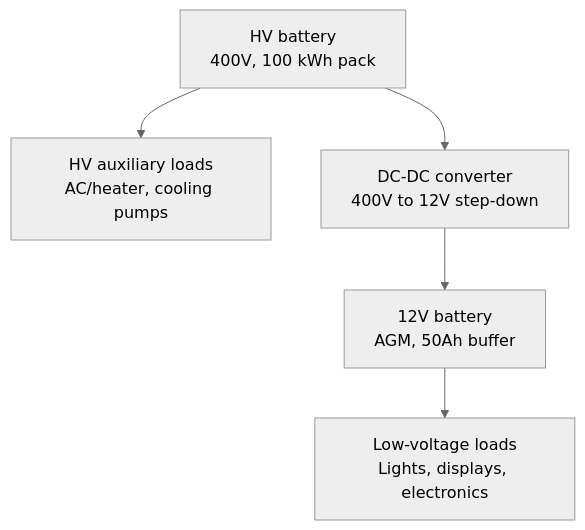
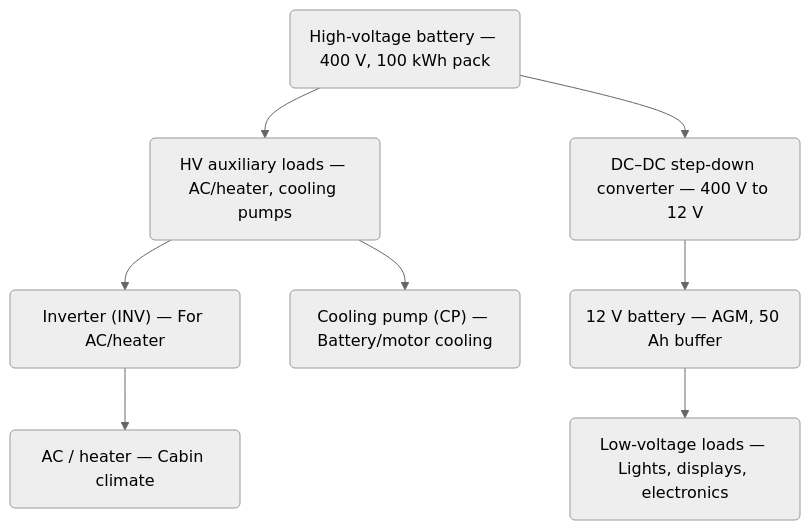
Before and after one commit to RayhanShajib/Visualization_EV_Powertrain: the second of 2 diagrams in README.md, drawn with Mermaid (neutral theme). The commit also changed other lines of this file, not shown here.

````diff
--- a/README.md
+++ b/README.md
@@ -386,7 +383,19 @@
 ```mermaid
 flowchart TD
-    A[HV battery<br/>400V, 100 kWh pack] --> B[HV auxiliary loads<br/>AC/heater, cooling pumps]
-    A --> C[DC-DC converter<br/>400V to 12V step-down]
-    C --> D[12V battery<br/>AGM, 50Ah buffer]
-    D --> E[Low-voltage loads<br/>Lights, displays, electronics]
+    A("High-voltage battery — 400 V, 100 kWh pack")
+    B("HV auxiliary loads — AC/heater, cooling pumps")
+    C("DC–DC step-down converter — 400 V to 12 V")
+    D("Inverter (INV) — For AC/heater")
+    E("Cooling pump (CP) — Battery/motor cooling")
+    F("12 V battery — AGM, 50 Ah buffer")
+    G("AC / heater — Cabin climate")
+    H("Low-voltage loads — Lights, displays, electronics")
+
+    A --> B
+    A --> C
+    B --> D
+    B --> E
+    D --> G
+    C --> F
+    F --> H
 ```
````
